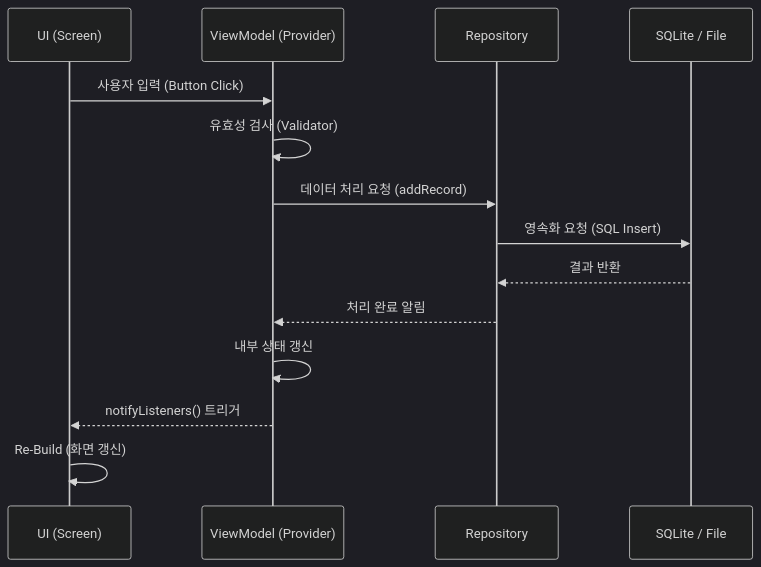
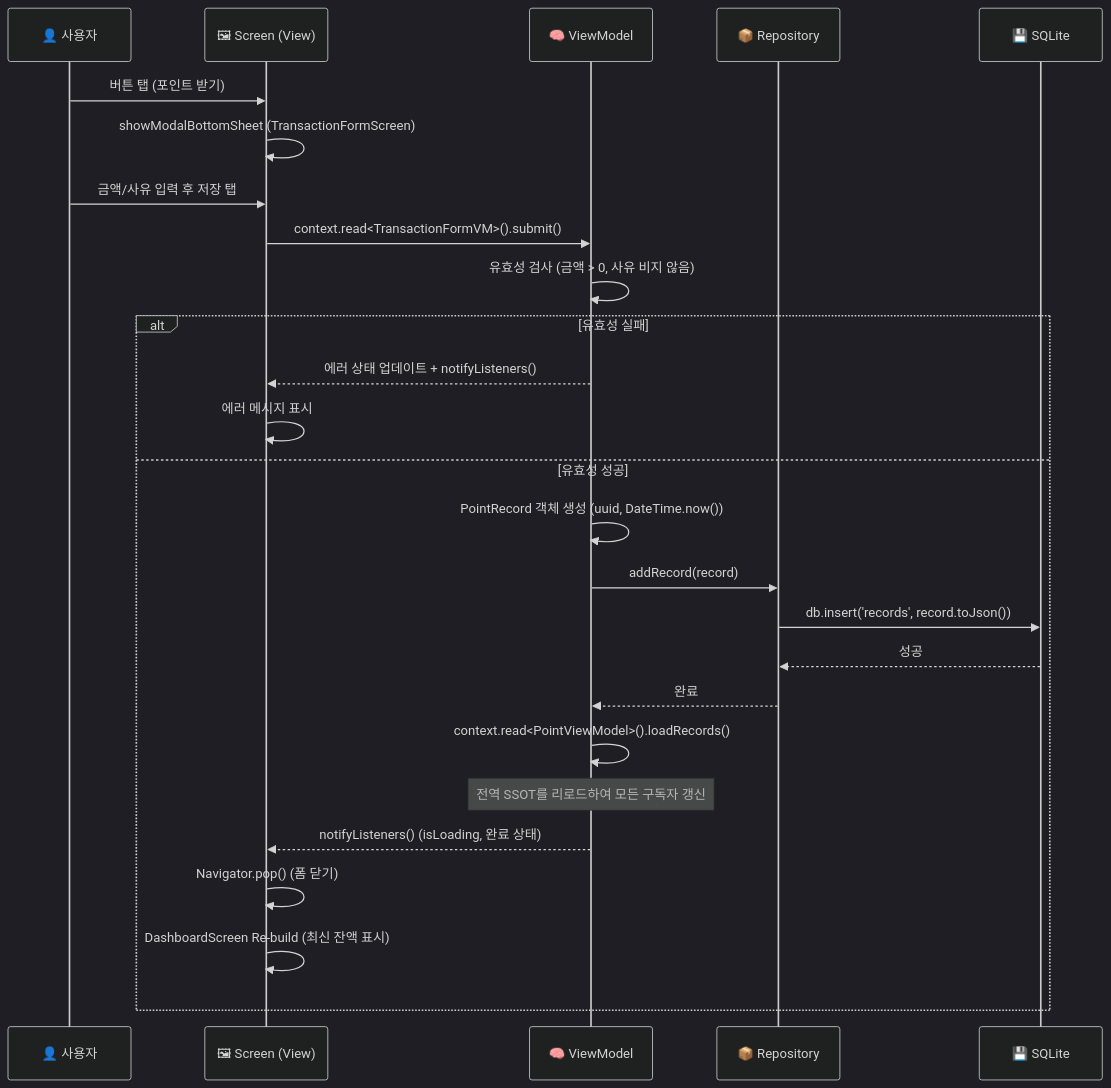
The eighth of 8 diagrams in docs/LEARNING_GUIDE.md (goodsw4all/wawapoint_flutter), drawn with Mermaid (dark theme) before and after one commit. The commit also changed other lines of this file, not shown here.

````diff
--- a/docs/LEARNING_GUIDE.md
+++ b/docs/LEARNING_GUIDE.md
@@ -377,17 +806,31 @@
 ```mermaid
 sequenceDiagram
-    participant View as UI (Screen)
-    participant VM as ViewModel (Provider)
-    participant Repo as Repository
-    participant DB as SQLite / File
+    participant User as 👤 사용자
+    participant View as 🖼 Screen (View)
+    participant VM as 🧠 ViewModel
+    participant Repo as 📦 Repository
+    participant DB as 💾 SQLite
 
-    View->>VM: 사용자 입력 (Button Click)
-    VM->>VM: 유효성 검사 (Validator)
-    VM->>Repo: 데이터 처리 요청 (addRecord)
-    Repo->>DB: 영속화 요청 (SQL Insert)
-    DB-->>Repo: 결과 반환
-    Repo-->>VM: 처리 완료 알림
-    VM->>VM: 내부 상태 갱신
-    VM-->>View: notifyListeners() 트리거
-    View->>View: Re-Build (화면 갱신)
+    User->>View: 버튼 탭 (포인트 받기)
+    View->>View: showModalBottomSheet (TransactionFormScreen)
+    User->>View: 금액/사유 입력 후 저장 탭
+
+    View->>VM: context.read<TransactionFormVM>().submit()
+    VM->>VM: 유효성 검사 (금액 > 0, 사유 비지 않음)
+
+    alt 유효성 실패
+        VM-->>View: 에러 상태 업데이트 + notifyListeners()
+        View->>View: 에러 메시지 표시
+    else 유효성 성공
+        VM->>VM: PointRecord 객체 생성 (uuid, DateTime.now())
+        VM->>Repo: addRecord(record)
+        Repo->>DB: db.insert('records', record.toJson())
+        DB-->>Repo: 성공
+        Repo-->>VM: 완료
+        VM->>VM: context.read<PointViewModel>().loadRecords()
+        Note over VM: 전역 SSOT를 리로드하여 모든 구독자 갱신
+        VM-->>View: notifyListeners() (isLoading, 완료 상태)
+        View->>View: Navigator.pop() (폼 닫기)
+        View->>View: DashboardScreen Re-build (최신 잔액 표시)
+    end
 ```
````
